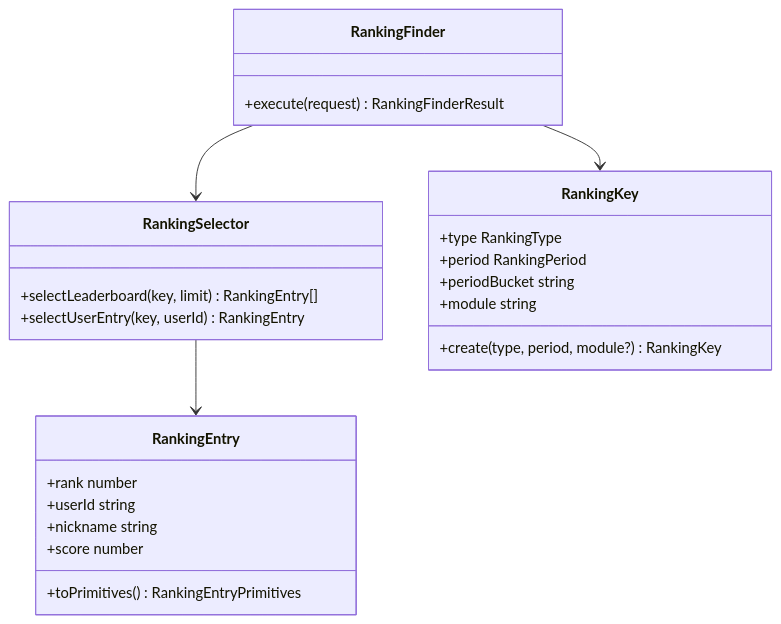
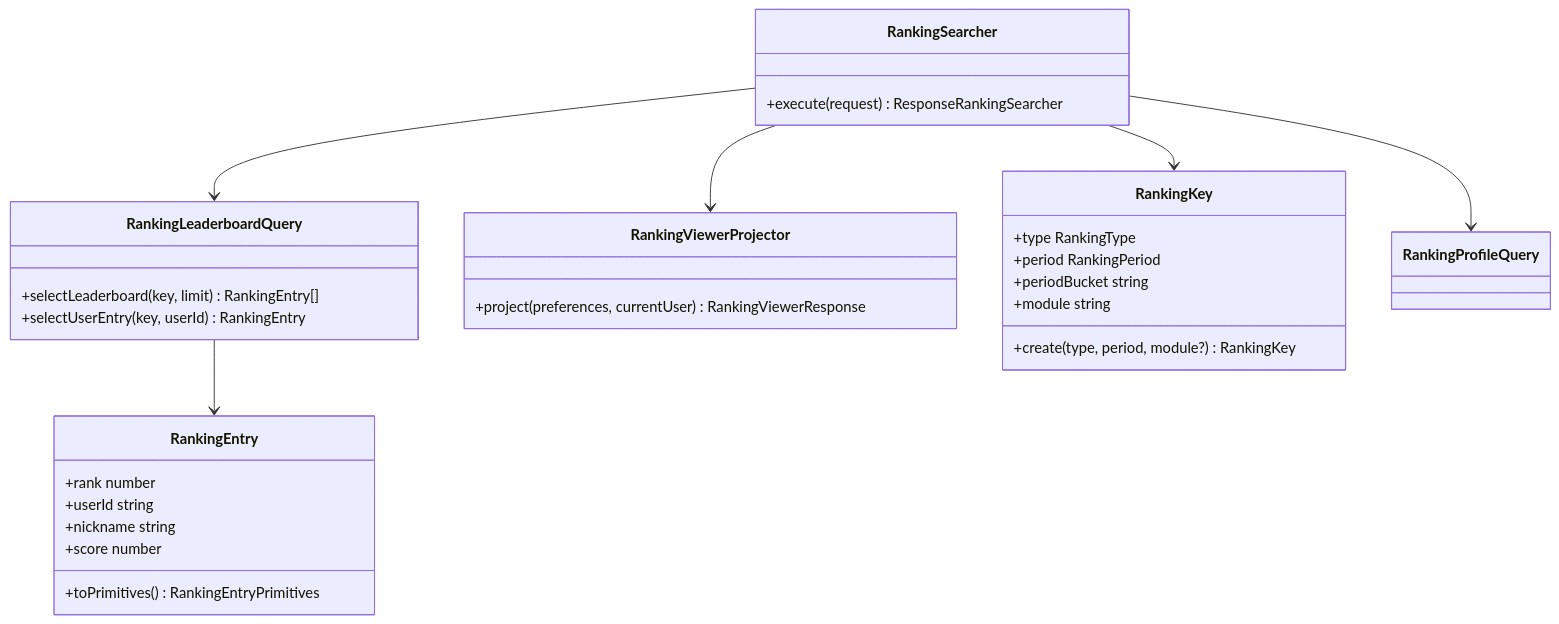
Before and after one commit to AbrahamVilchesDeLaCruz/ididntcatchthat: the diagram in docs/apps/api/ranking/find/classes.md, drawn with Mermaid. The commit also changed other lines of this file and 7 other files, not shown here.

First line of the commit message:
docs(ranking): sync bc docs spec and rabbitmq profile handler

````diff
--- a/docs/apps/api/ranking/find/classes.md
+++ b/docs/apps/api/ranking/find/classes.md
@@ -3,27 +3,32 @@
 ```mermaid
 classDiagram
-    class RankingFinder {
-        +execute(request) RankingFinderResult
+    class RankingSearcher {
+        +execute(request) ResponseRankingSearcher
     }
-    class RankingSelector {
+    class RankingLeaderboardQuery {
         +selectLeaderboard(key, limit) RankingEntry[]
         +selectUserEntry(key, userId) RankingEntry
+    }
+    class RankingViewerProjector {
+        +project(preferences, currentUser) RankingViewerResponse
     }
     class RankingKey {
         +type RankingType
         +period RankingPeriod
         +periodBucket string
         +module string
         +create(type, period, module?) RankingKey
     }
     class RankingEntry {
         +rank number
         +userId string
         +nickname string
         +score number
         +toPrimitives() RankingEntryPrimitives
     }
-    RankingFinder --> RankingSelector
-    RankingFinder --> RankingKey
-    RankingSelector --> RankingEntry
+    RankingSearcher --> RankingLeaderboardQuery
+    RankingSearcher --> RankingProfileQuery
+    RankingSearcher --> RankingViewerProjector
+    RankingSearcher --> RankingKey
+    RankingLeaderboardQuery --> RankingEntry
 ```
````
